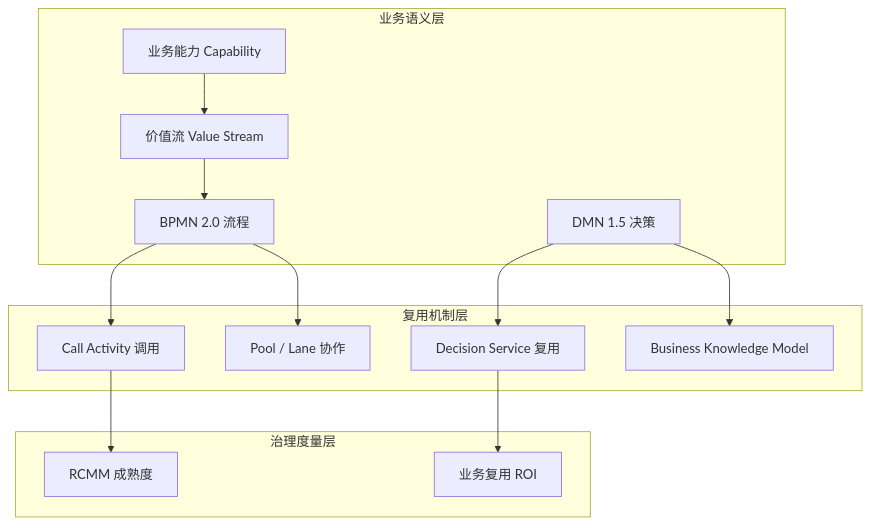
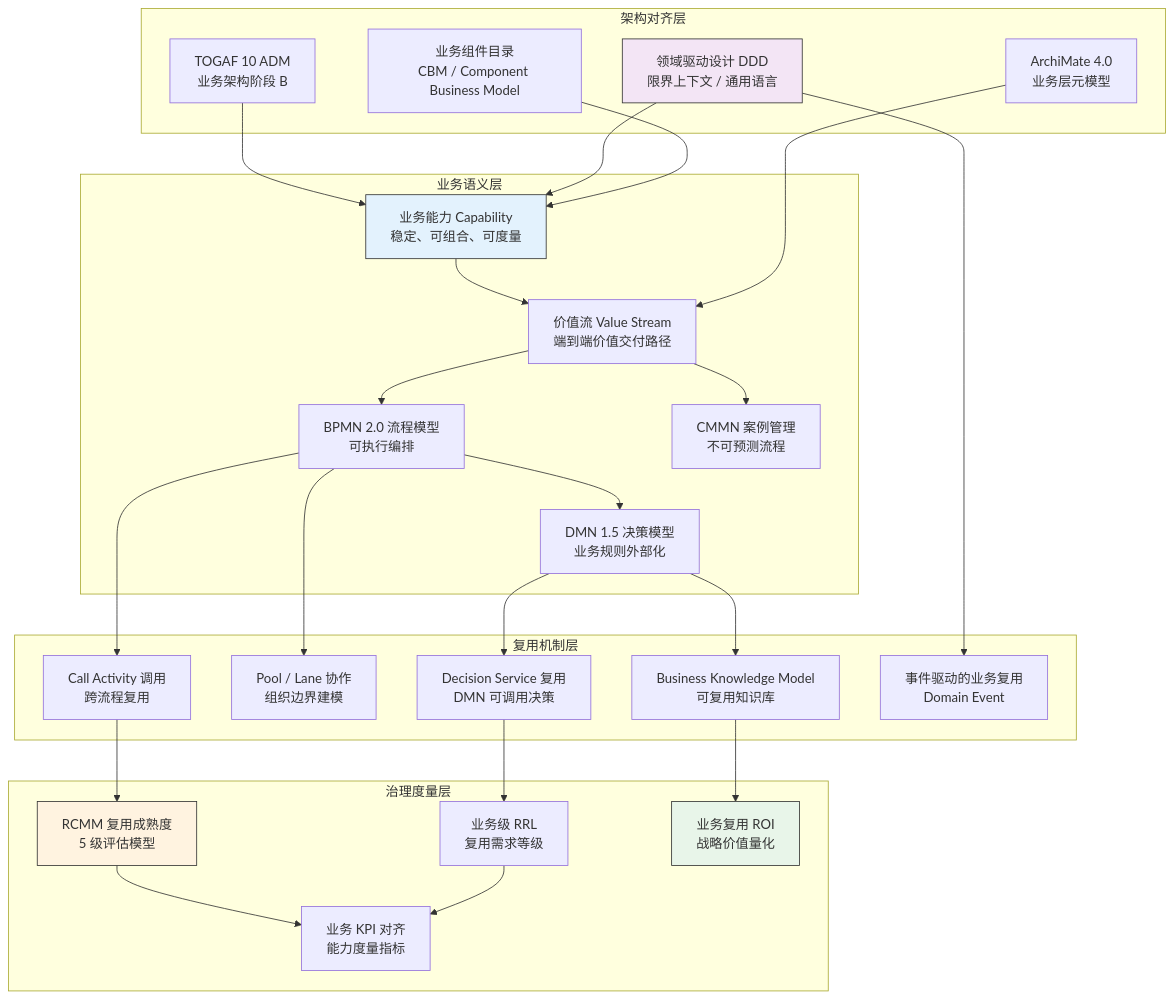
Before and after one commit to AdaMartin18010/Architecture: the diagram in struct/99-reference/visualizations/02-business-architecture-reuse.mmd, drawn with Mermaid. The commit also changed 45 other files, not shown here.

```diff
--- a/struct/99-reference/visualizations/02-business-architecture-reuse.mmd
+++ b/struct/99-reference/visualizations/02-business-architecture-reuse.mmd
@@ -1,28 +1,54 @@
+%% 版本: 2026-06-10 | 状态: B3 完成 | 主题: 02 业务架构复用
 flowchart TB
-    subgraph 业务语义层
-        CAP["业务能力 Capability"]
-        VS["价值流 Value Stream"]
-        BPMN["BPMN 2.0 流程"]
-        DMN["DMN 1.5 决策"]
+    subgraph "业务语义层"
+        CAP["业务能力 Capability<br/>稳定、可组合、可度量"]
+        VS["价值流 Value Stream<br/>端到端价值交付路径"]
+        BPMN["BPMN 2.0 流程模型<br/>可执行编排"]
+        DMN["DMN 1.5 决策模型<br/>业务规则外部化"]
+        CMMN["CMMN 案例管理<br/>不可预测流程"]
     end
 
-    subgraph 复用机制层
-        CALL["Call Activity 调用"]
-        POOL["Pool / Lane 协作"]
-        SERVICE["Decision Service 复用"]
-        BKMM["Business Knowledge Model"]
+    subgraph "架构对齐层"
+        TOGAF["TOGAF 10 ADM<br/>业务架构阶段 B"]
+        ARCHI["ArchiMate 4.0<br/>业务层元模型"]
+        DDD["领域驱动设计 DDD<br/>限界上下文 / 通用语言"]
+        BIZCOMP["业务组件目录<br/>CBM / Component Business Model"]
     end
 
-    subgraph 治理度量层
-        RCMM["RCMM 成熟度"]
-        ROI_B["业务复用 ROI"]
+    subgraph "复用机制层"
+        CALL["Call Activity 调用<br/>跨流程复用"]
+        POOL["Pool / Lane 协作<br/>组织边界建模"]
+        SERVICE["Decision Service 复用<br/>DMN 可调用决策"]
+        BKMM["Business Knowledge Model<br/>可复用知识库"]
+        EV["事件驱动的业务复用<br/>Domain Event"]
     end
 
-    CAP --> VS
-    VS --> BPMN
+    subgraph "治理度量层"
+        RCMM["RCMM 复用成熟度<br/>5 级评估模型"]
+        RRL_B["业务级 RRL<br/>复用需求等级"]
+        ROI_B["业务复用 ROI<br/>战略价值量化"]
+        KPI["业务 KPI 对齐<br/>能力度量指标"]
+    end
+
+    CAP --> VS --> BPMN
+    VS --> CMMN
+    BPMN --> DMN
+    TOGAF --> CAP
+    ARCHI --> VS
+    DDD --> CAP
+    BIZCOMP --> CAP
     BPMN --> CALL
     BPMN --> POOL
     DMN --> SERVICE
     DMN --> BKMM
+    DDD --> EV
     CALL --> RCMM
-    SERVICE --> ROI_B
+    SERVICE --> RRL_B
+    BKMM --> ROI_B
+    RCMM --> KPI
+    RRL_B --> KPI
+
+    style CAP fill:#e3f2fd,stroke:#333
+    style DDD fill:#f3e5f5,stroke:#333
+    style RCMM fill:#fff3e0,stroke:#333
+    style ROI_B fill:#e8f5e9,stroke:#333
```
